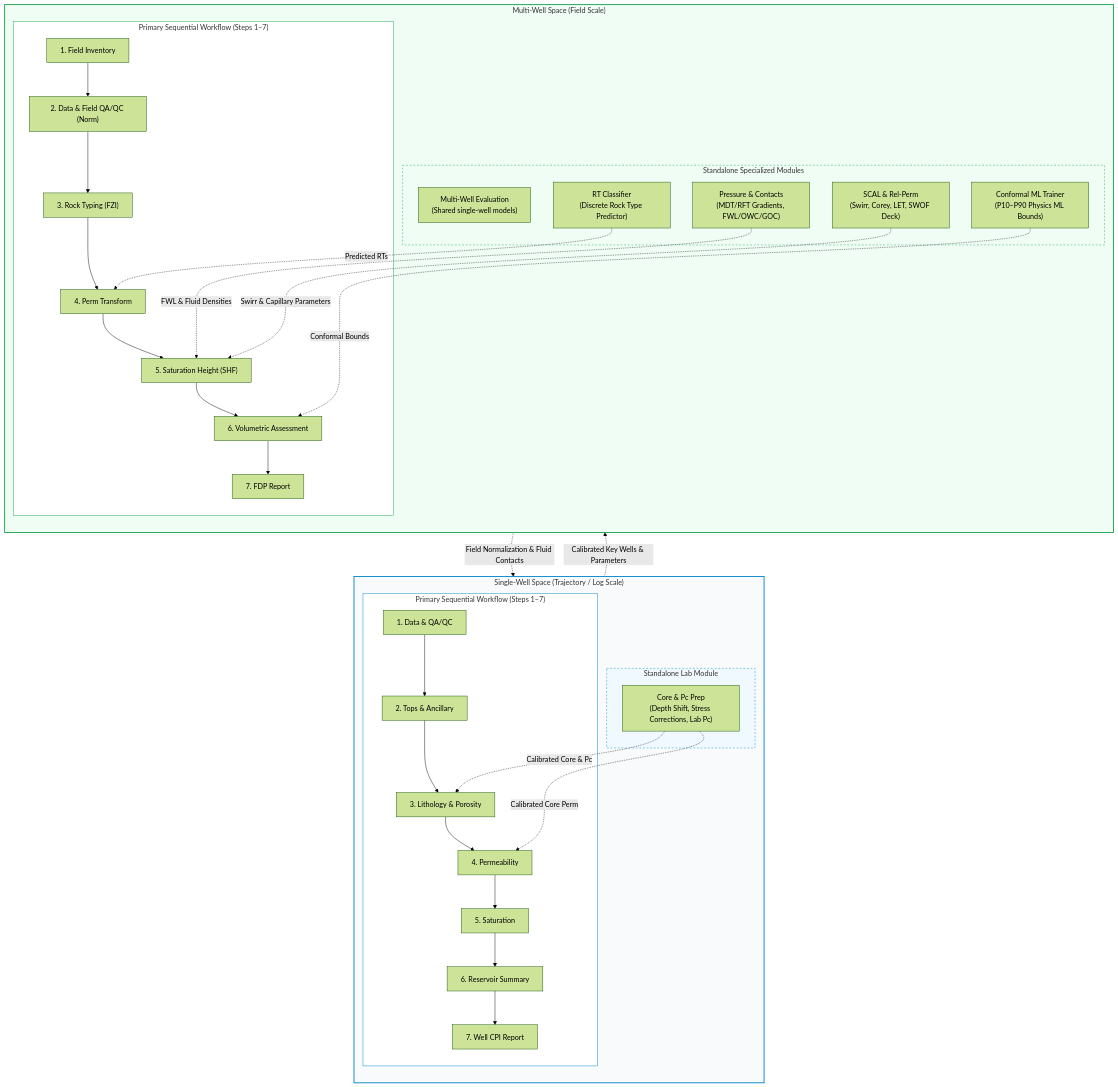
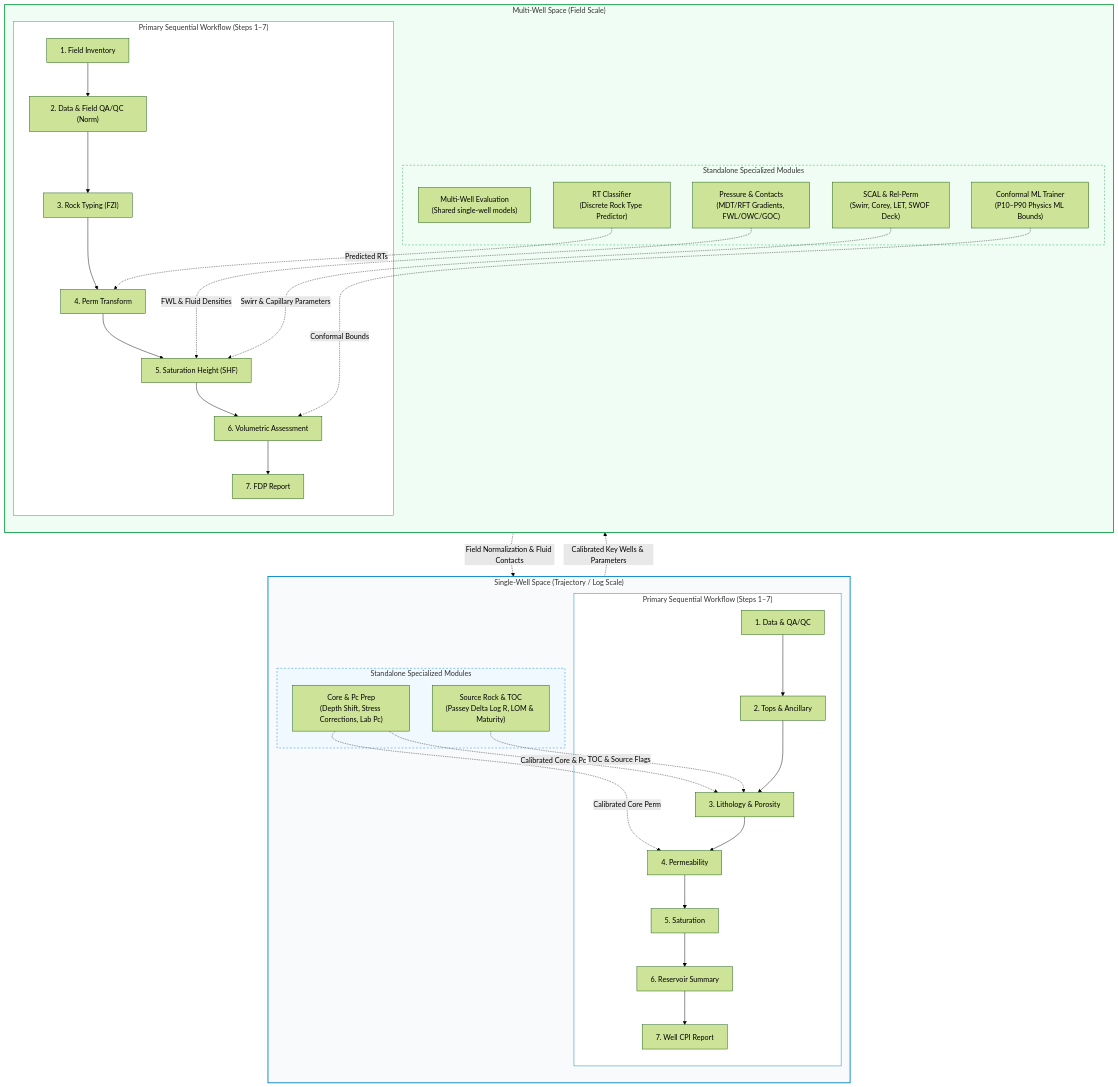
The diagram in docs/workflows/index.md (imranfadhil/quick_pp), drawn with Mermaid (forest theme) before and after one commit. The commit also changed other lines of this file and 16 other files, not shown here.

````diff
--- a/docs/workflows/index.md
+++ b/docs/workflows/index.md
@@ -9,52 +9,54 @@
 ```mermaid
 flowchart TD
     subgraph SingleWellSpace["Single-Well Space (Trajectory / Log Scale)"]
         direction TB
         subgraph SW_Seq["Primary Sequential Workflow (Steps 1–7)"]
             SW1["1. Data & QA/QC"] --> SW2["2. Tops & Ancillary"]
             SW2 --> SW3["3. Lithology & Porosity"]
             SW3 --> SW4["4. Permeability"]
             SW4 --> SW5["5. Saturation"]
             SW5 --> SW6["6. Reservoir Summary"]
             SW6 --> SW7["7. Well CPI Report"]
         end
-        subgraph SW_Stand["Standalone Lab Module"]
+        subgraph SW_Stand["Standalone Specialized Modules"]
             SW_LAB["Core & Pc Prep\n(Depth Shift, Stress Corrections, Lab Pc)"]
+            SW_TOC["Source Rock & TOC\n(Passey Delta Log R, LOM & Maturity)"]
         end
         SW_LAB -.->|Calibrated Core & Pc| SW3
         SW_LAB -.->|Calibrated Core Perm| SW4
+        SW_TOC -.->|TOC & Source Flags| SW3
     end
 
     subgraph MultiWellSpace["Multi-Well Space (Field Scale)"]
         direction TB
         subgraph MW_Seq["Primary Sequential Workflow (Steps 1–7)"]
             MW1["1. Field Inventory"] --> MW2["2. Data & Field QA/QC (Norm)"]
             MW2 --> MW3["3. Rock Typing (FZI)"]
             MW3 --> MW4["4. Perm Transform"]
             MW4 --> MW5["5. Saturation Height (SHF)"]
             MW5 --> MW6["6. Volumetric Assessment"]
             MW6 --> MW7["7. FDP Report"]
         end
         subgraph MW_Stand["Standalone Specialized Modules"]
             MW_BATCH["Multi-Well Evaluation\n(Shared single-well models)"]
             MW_SCAL["SCAL & Rel-Perm\n(Swirr, Corey, LET, SWOF Deck)"]
             MW_FPT["Pressure & Contacts\n(MDT/RFT Gradients, FWL/OWC/GOC)"]
             MW_RT["RT Classifier\n(Discrete Rock Type Predictor)"]
             MW_PIML["Conformal ML Trainer\n(P10–P90 Physics ML Bounds)"]
         end
         MW_FPT -.->|FWL & Fluid Densities| MW5
         MW_SCAL -.->|Swirr & Capillary Parameters| MW5
         MW_RT -.->|Predicted RTs| MW4
         MW_PIML -.->|Conformal Bounds| MW6
     end
 
     SingleWellSpace -.->|Calibrated Key Wells & Parameters| MultiWellSpace
     MultiWellSpace -.->|Field Normalization & Fluid Contacts| SingleWellSpace
 
     style SingleWellSpace fill:#f8fafc,stroke:#0284c7,stroke-width:2px
     style MultiWellSpace fill:#f0fdf4,stroke:#16a34a,stroke-width:2px
     style SW_Seq fill:#ffffff,stroke:#0284c7,stroke-width:1px
     style SW_Stand fill:#f0f9ff,stroke:#0284c7,stroke-width:1px,stroke-dasharray: 4 4
     style MW_Seq fill:#ffffff,stroke:#16a34a,stroke-width:1px
     style MW_Stand fill:#f0fdf4,stroke:#16a34a,stroke-width:1px,stroke-dasharray: 4 4
 ```
````
